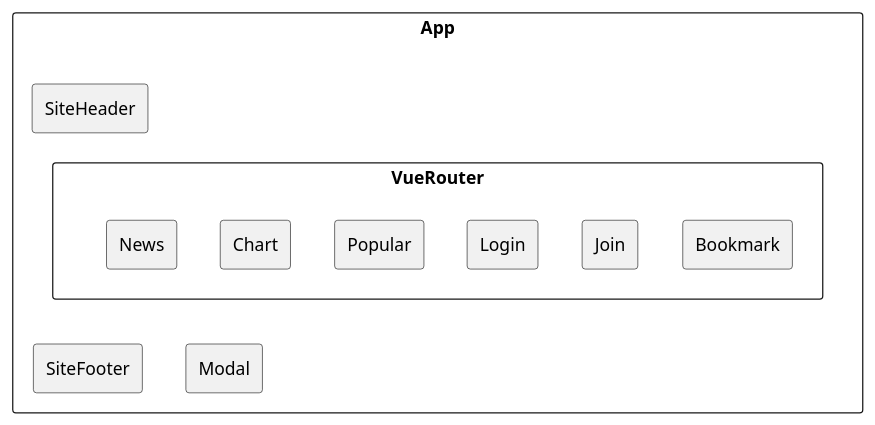
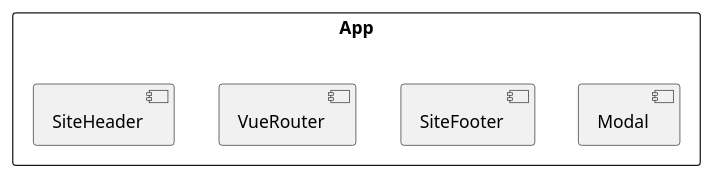
Before and after one commit to JunilHwang/zum_pilot: the first of 5 diagrams in docs/Client/README.md, drawn with PlantUML. The commit also changed other lines of this file, not shown here.

Commit message:
Component Structure 수정

```diff
--- a/docs/Client/README.md
+++ b/docs/Client/README.md
@@ -34,23 +34,11 @@
 @startuml
 rectangle "App\n" {
-  rectangle SiteHeader
-  rectangle VueRouter {
-    rectangle News
-    rectangle Chart
-    rectangle Popular
-    rectangle Login
-    rectangle Join
-    rectangle Bookmark
-  }
-  rectangle SiteFooter
-  rectangle Modal
+  component SiteHeader
+  component VueRouter
+  component SiteFooter
+  component Modal
 }
-SiteHeader --[hidden] VueRouter
-VueRouter --[hidden] SiteFooter
+SiteHeader -[hidden] VueRouter
+VueRouter -[hidden] SiteFooter
 SiteFooter -[hidden] Modal
-News -[hidden] Chart
-Chart -[hidden] Popular
-Popular -[hidden] Login
-Login -[hidden] Join
-Join -[hidden] Bookmark
 @enduml
```
